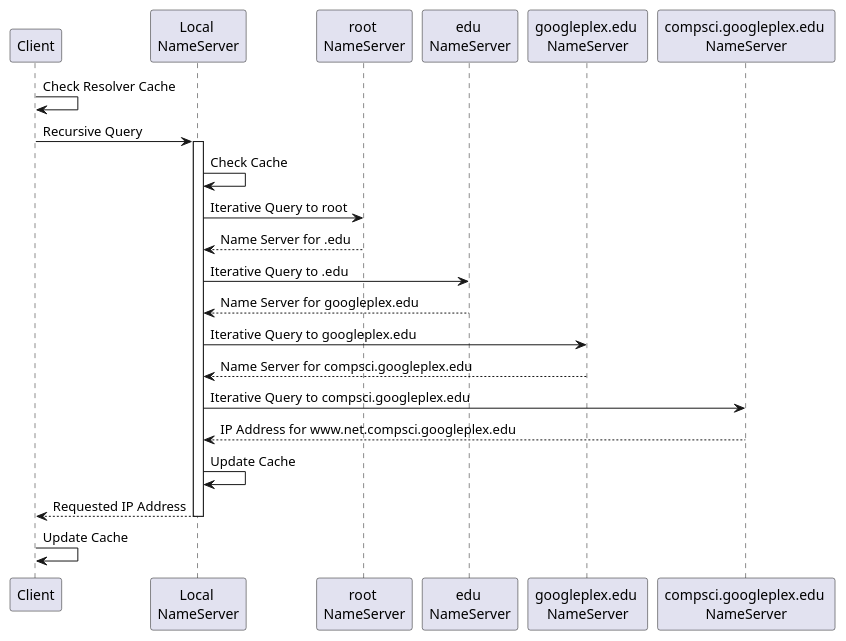
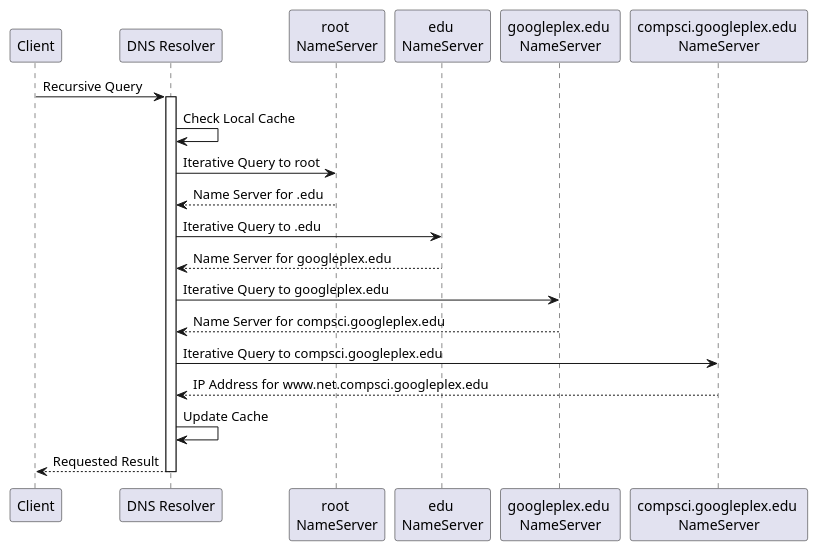
The diagram in dns/resolution-process.plantuml (yidas/web-service-protocols), drawn with PlantUML before and after one commit.

```diff
--- a/dns/resolution-process.plantuml
+++ b/dns/resolution-process.plantuml
@@ -1,27 +1,25 @@
 @startuml
 participant "Client" as c
-participant "Local \nNameServer" as lns
+participant "DNS Resolver" as resolver
 
 participant "root \nNameServer" as rns
 participant "edu \nNameServer" as tldns
 participant "googleplex.edu \nNameServer" as dns
 participant "compsci.googleplex.edu \nNameServer" as sns
 
-c->c: Check Resolver Cache
-c->lns: Recursive Query
-activate lns
-lns->lns: Check Cache
-lns->rns: Iterative Query to root
-rns-->lns: Name Server for .edu
-lns->tldns: Iterative Query to .edu
-tldns-->lns: Name Server for googleplex.edu
-lns->dns: Iterative Query to googleplex.edu
-dns-->lns: Name Server for compsci.googleplex.edu
-lns->sns: Iterative Query to compsci.googleplex.edu
-sns-->lns: IP Address for www.net.compsci.googleplex.edu
-lns->lns: Update Cache
-lns-->c: Requested IP Address
-deactivate lns
-c->c: Update Cache
+c->resolver: Recursive Query
+activate resolver
+resolver->resolver: Check Local Cache
+resolver->rns: Iterative Query to root
+rns-->resolver: Name Server for .edu
+resolver->tldns: Iterative Query to .edu
+tldns-->resolver: Name Server for googleplex.edu
+resolver->dns: Iterative Query to googleplex.edu
+dns-->resolver: Name Server for compsci.googleplex.edu
+resolver->sns: Iterative Query to compsci.googleplex.edu
+sns-->resolver: IP Address for www.net.compsci.googleplex.edu
+resolver->resolver: Update Cache
+resolver-->c: Requested Result
+deactivate resolver
 
 @enduml
```
